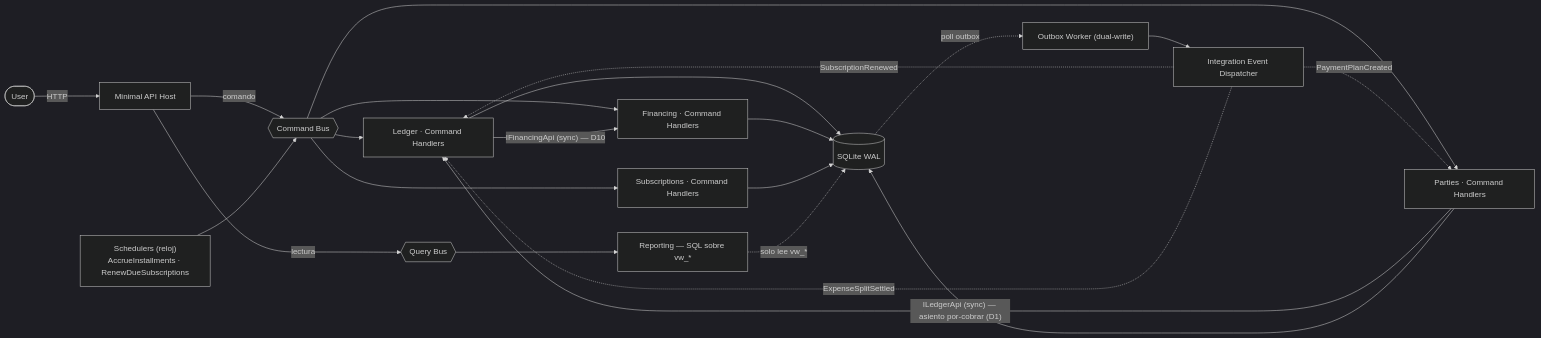
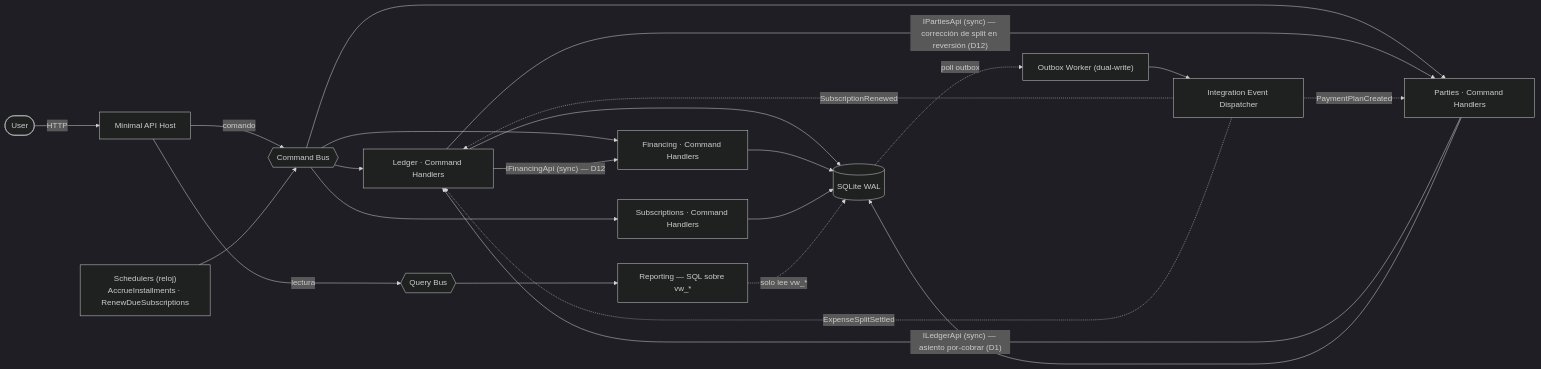
Before and after one commit to InakiPoch/personal-finance-app: the diagram in app/api/docs/DESIGN.md, drawn with Mermaid (dark theme). The commit also changed other lines of this file and 1 other file, not shown here.

````diff
--- a/app/api/docs/DESIGN.md
+++ b/app/api/docs/DESIGN.md
@@ -176,31 +208,32 @@
 ```mermaid
 flowchart LR
     User([User]) -->|HTTP| API["Minimal API Host"]
     API -->|comando| CBus{{"Command Bus"}}
     API -->|lectura| QBus{{"Query Bus"}}
 
     CBus --> LC["Ledger · Command Handlers"]
     CBus --> FC["Financing · Command Handlers"]
     CBus --> SC["Subscriptions · Command Handlers"]
     CBus --> PC["Parties · Command Handlers"]
 
-    LC -->|"IFinancingApi (sync) — D10"| FC
+    LC -->|"IFinancingApi (sync) — D12"| FC
+    LC -->|"IPartiesApi (sync) — corrección de split en reversión (D12)"| PC
     PC -->|"ILedgerApi (sync) — asiento por-cobrar (D1)"| LC
 
     QBus --> Rep["Reporting — SQL sobre vw_*"]
 
     Sched["Schedulers (reloj)<br/>AccrueInstallments · RenewDueSubscriptions"] --> CBus
 
     DB[("SQLite WAL")]
     LC --> DB
     FC --> DB
     SC --> DB
     PC --> DB
     Rep -.->|solo lee vw_*| DB
 
     DB -.->|poll outbox| Worker["Outbox Worker (dual-write)"]
     Worker --> Disp["Integration Event Dispatcher"]
     Disp -.->|PaymentPlanCreated| PC
     Disp -.->|SubscriptionRenewed| LC
     Disp -.->|ExpenseSplitSettled| LC
 ```
````
